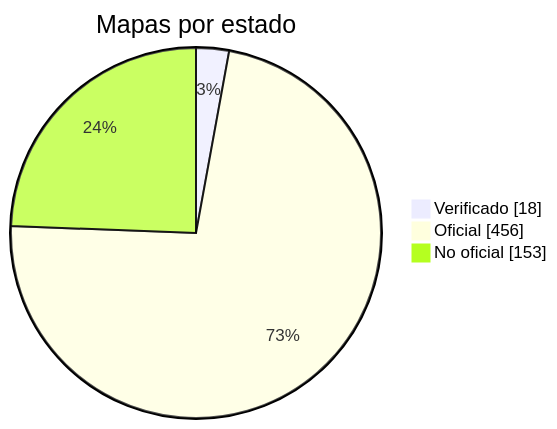
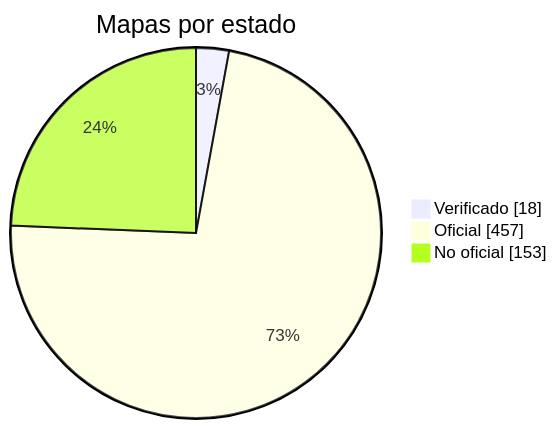
One commit to nobrega8/mbmap-library changed the diagram in docs/readme/README_ES.md. Above: the diagram before and after it, drawn with Mermaid. The commit also changed 6 other files, not shown here.

````diff
--- a/docs/readme/README_ES.md
+++ b/docs/readme/README_ES.md
@@ -54,7 +54,7 @@
 ```mermaid
 pie showData
     title Mapas por estado
     "Verificado" : 18
-    "Oficial" : 456
+    "Oficial" : 457
     "No oficial" : 153
 ```
````
